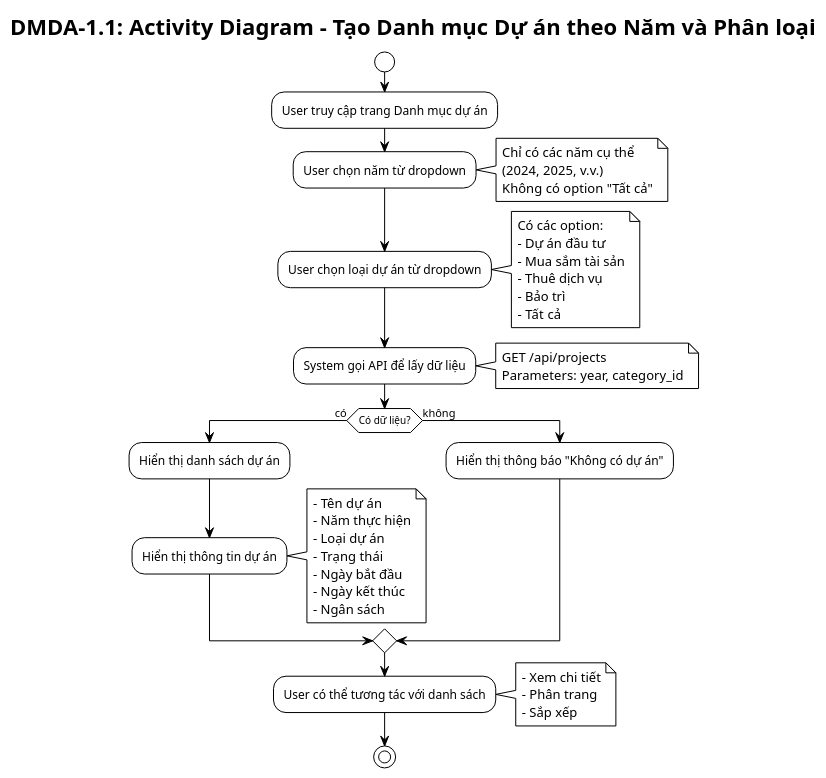
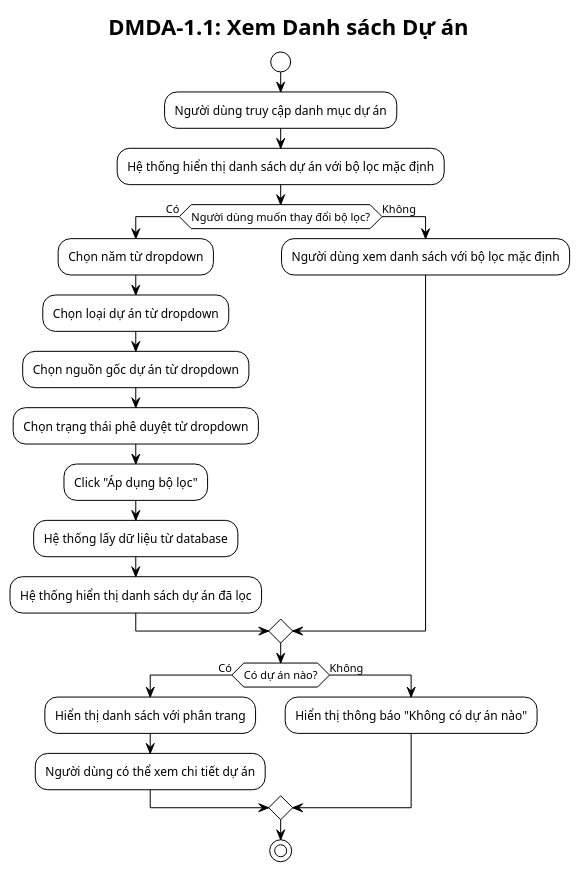
The diagram in diagrams/dmda-1.1-activity-diagram.puml (conketapp/document-bitrix24-srs), drawn with PlantUML before and after one commit. The commit also changed 8 other files, not shown here.

First line of the commit message:
Update DMDA diagrams: Simplify and improve readability

```diff
--- a/diagrams/dmda-1.1-activity-diagram.puml
+++ b/diagrams/dmda-1.1-activity-diagram.puml
@@ -1,62 +1,38 @@
 @startuml DMDA-1.1 Activity Diagram
 !theme plain
-skinparam activityFontSize 12
-skinparam activityFontName Arial
-skinparam activityDiamondFontSize 10
-skinparam activityDiamondFontName Arial
+skinparam backgroundColor #FFFFFF
+skinparam activity {
+    BackgroundColor #FFFFFF
+    BorderColor #000000
+    FontColor #000000
+}
 
-title DMDA-1.1: Activity Diagram - Tạo Danh mục Dự án theo Năm và Phân loại
+title DMDA-1.1: Xem Danh sách Dự án
 
 start
 
-:User truy cập trang Danh mục dự án;
+:Người dùng truy cập danh mục dự án;
 
-:User chọn năm từ dropdown;
-note right
-  Chỉ có các năm cụ thể
-  (2024, 2025, v.v.)
-  Không có option "Tất cả"
-end note
+:Hệ thống hiển thị danh sách dự án với bộ lọc mặc định;
 
-:User chọn loại dự án từ dropdown;
-note right
-  Có các option:
-  - Dự án đầu tư
-  - Mua sắm tài sản
-  - Thuê dịch vụ
-  - Bảo trì
-  - Tất cả
-end note
-
-:System gọi API để lấy dữ liệu;
-note right
-  GET /api/projects
-  Parameters: year, category_id
-end note
-
-if (Có dữ liệu?) then (có)
-  :Hiển thị danh sách dự án;
-  :Hiển thị thông tin dự án;
-  note right
-    - Tên dự án
-    - Năm thực hiện
-    - Loại dự án
-    - Trạng thái
-    - Ngày bắt đầu
-    - Ngày kết thúc
-    - Ngân sách
-  end note
-else (không)
-  :Hiển thị thông báo "Không có dự án";
+if (Người dùng muốn thay đổi bộ lọc?) then (Có)
+    :Chọn năm từ dropdown;
+    :Chọn loại dự án từ dropdown;
+    :Chọn nguồn gốc dự án từ dropdown;
+    :Chọn trạng thái phê duyệt từ dropdown;
+    :Click "Áp dụng bộ lọc";
+    :Hệ thống lấy dữ liệu từ database;
+    :Hệ thống hiển thị danh sách dự án đã lọc;
+else (Không)
+    :Người dùng xem danh sách với bộ lọc mặc định;
 endif
 
-:User có thể tương tác với danh sách;
-note right
-  - Xem chi tiết
-  - Phân trang
-  - Sắp xếp
-end note
+if (Có dự án nào?) then (Có)
+    :Hiển thị danh sách với phân trang;
+    :Người dùng có thể xem chi tiết dự án;
+else (Không)
+    :Hiển thị thông báo "Không có dự án nào";
+endif
 
 stop
-
 @enduml
```
